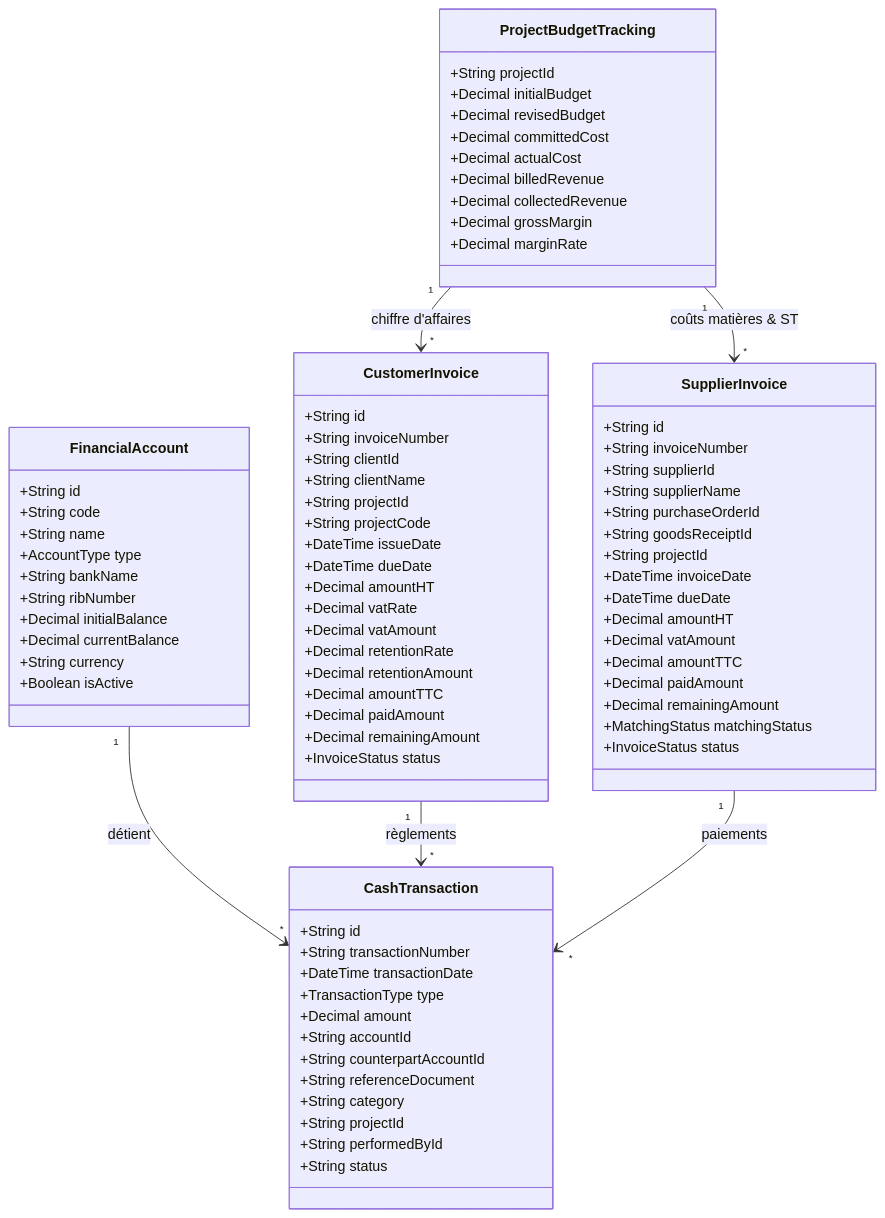
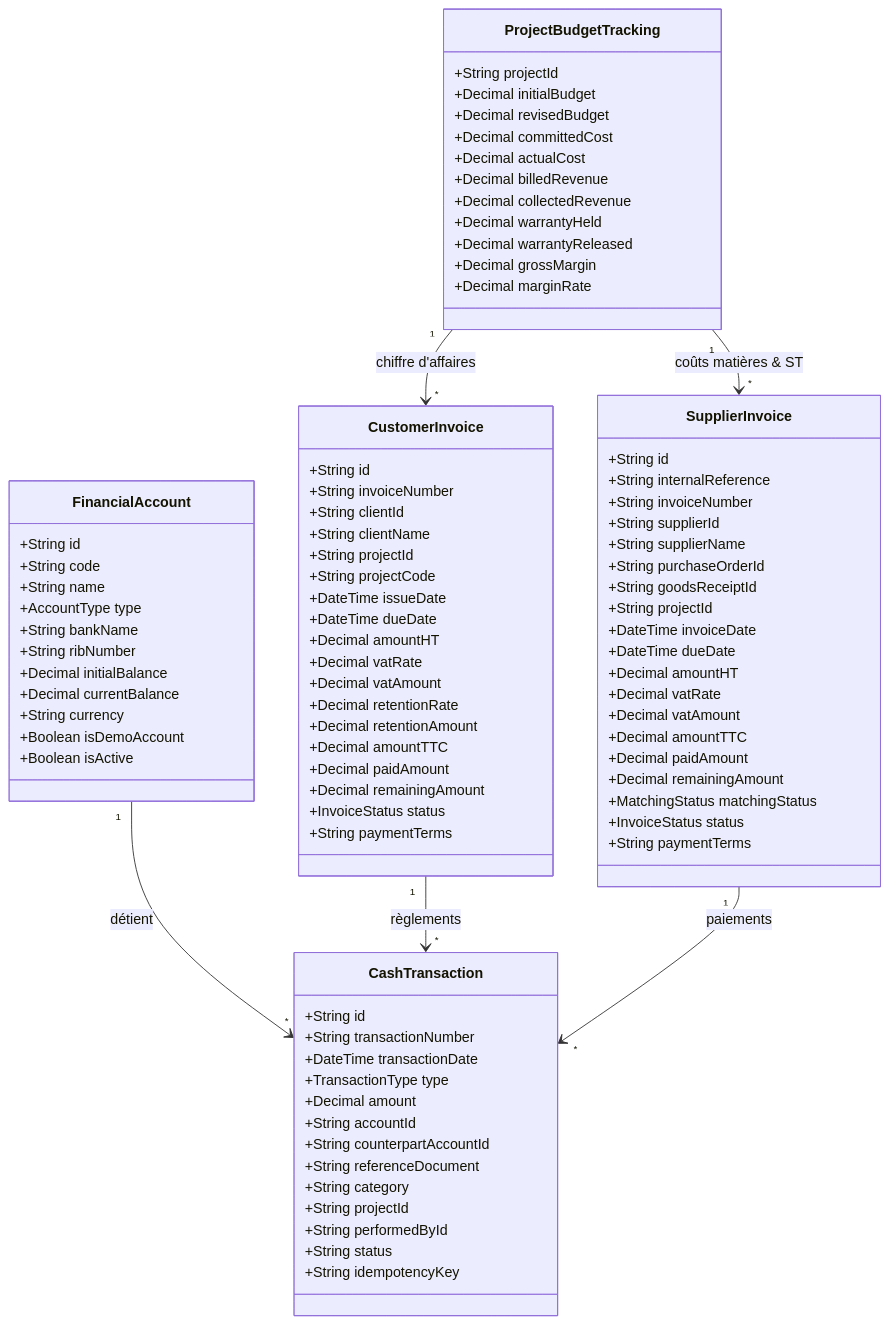
Before and after one commit to selmahacii/SILEX: the diagram in docs/SILEX_PHASE6_FINANCE_ARCHITECTURE.md, drawn with Mermaid. The commit also changed other lines of this file and 1 other file, not shown here.

Commit message:
docs(finance): revise finance architecture and data model to ensure configurable business rules and isolated demo accounts

```diff
--- a/docs/SILEX_PHASE6_FINANCE_ARCHITECTURE.md
+++ b/docs/SILEX_PHASE6_FINANCE_ARCHITECTURE.md
@@ -33,6 +38,7 @@
         +Decimal initialBalance
         +Decimal currentBalance
         +String currency
+        +Boolean isDemoAccount
         +Boolean isActive
     }
 
@@ -49,6 +55,7 @@
         +String projectId
         +String performedById
         +String status
+        +String idempotencyKey
     }
 
     class CustomerInvoice {
@@ -69,10 +76,12 @@
         +Decimal paidAmount
         +Decimal remainingAmount
         +InvoiceStatus status
+        +String paymentTerms
     }
 
     class SupplierInvoice {
         +String id
+        +String internalReference
         +String invoiceNumber
         +String supplierId
         +String supplierName
@@ -82,12 +91,14 @@
         +DateTime invoiceDate
         +DateTime dueDate
         +Decimal amountHT
+        +Decimal vatRate
         +Decimal vatAmount
         +Decimal amountTTC
         +Decimal paidAmount
         +Decimal remainingAmount
         +MatchingStatus matchingStatus
         +InvoiceStatus status
+        +String paymentTerms
     }
 
     class ProjectBudgetTracking {
@@ -98,6 +109,8 @@
         +Decimal actualCost
         +Decimal billedRevenue
         +Decimal collectedRevenue
+        +Decimal warrantyHeld
+        +Decimal warrantyReleased
         +Decimal grossMargin
         +Decimal marginRate
     }
```
